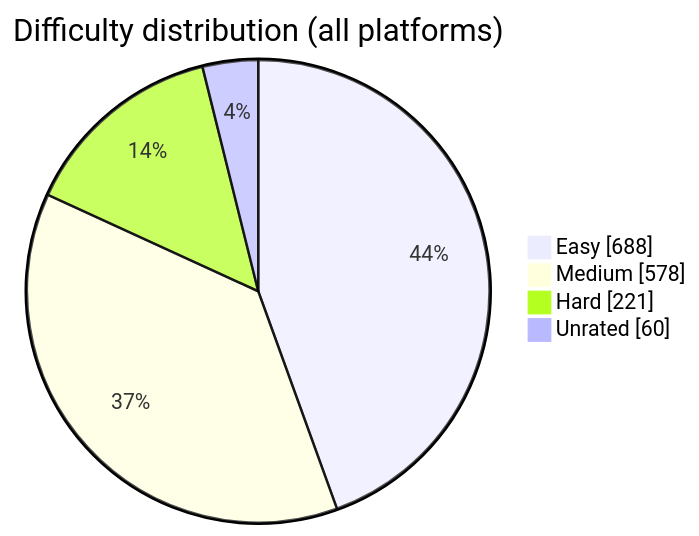
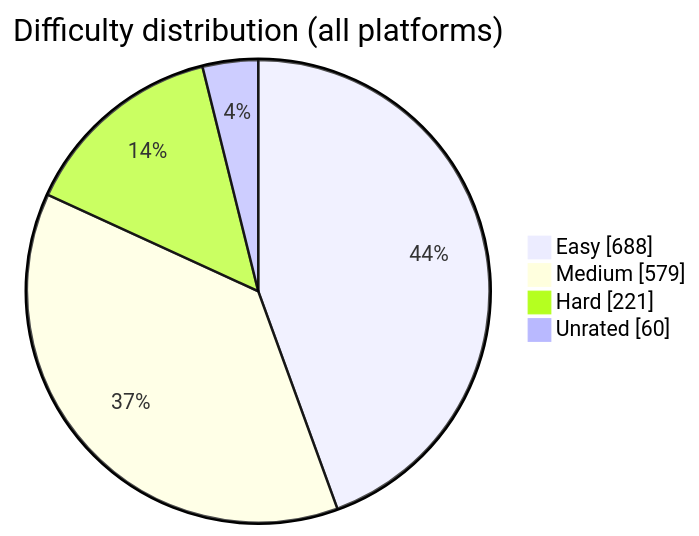
The diagram in README.md (BuildbyArindam/Daily-Coding-Log), drawn with Mermaid before and after one commit. The commit also changed other lines of this file, not shown here.

````diff
--- a/README.md
+++ b/README.md
@@ -93,7 +93,7 @@
 ```mermaid
 pie showData title Difficulty distribution (all platforms)
     "Easy" : 688
-    "Medium" : 578
+    "Medium" : 579
     "Hard" : 221
     "Unrated" : 60
 ```
````
